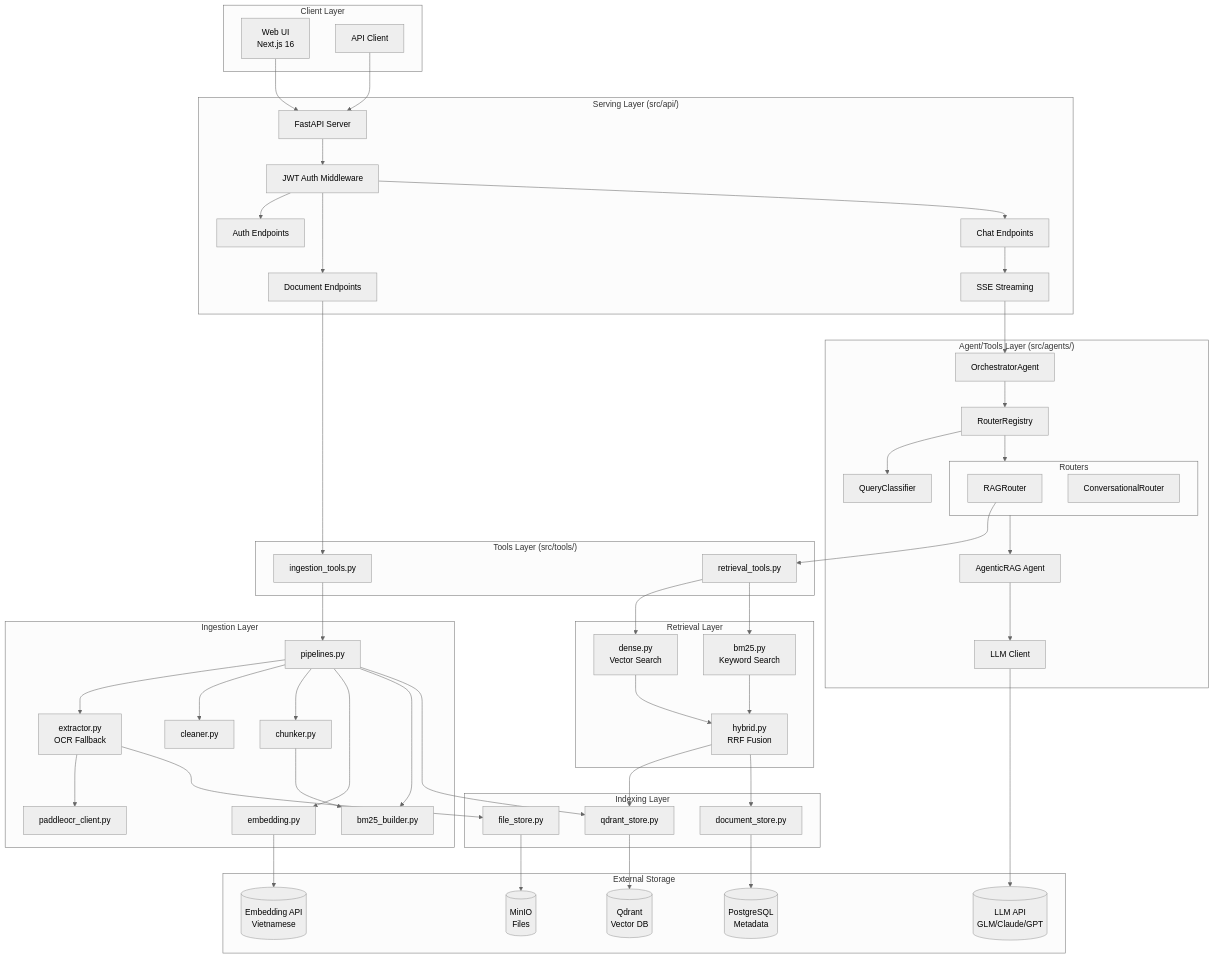
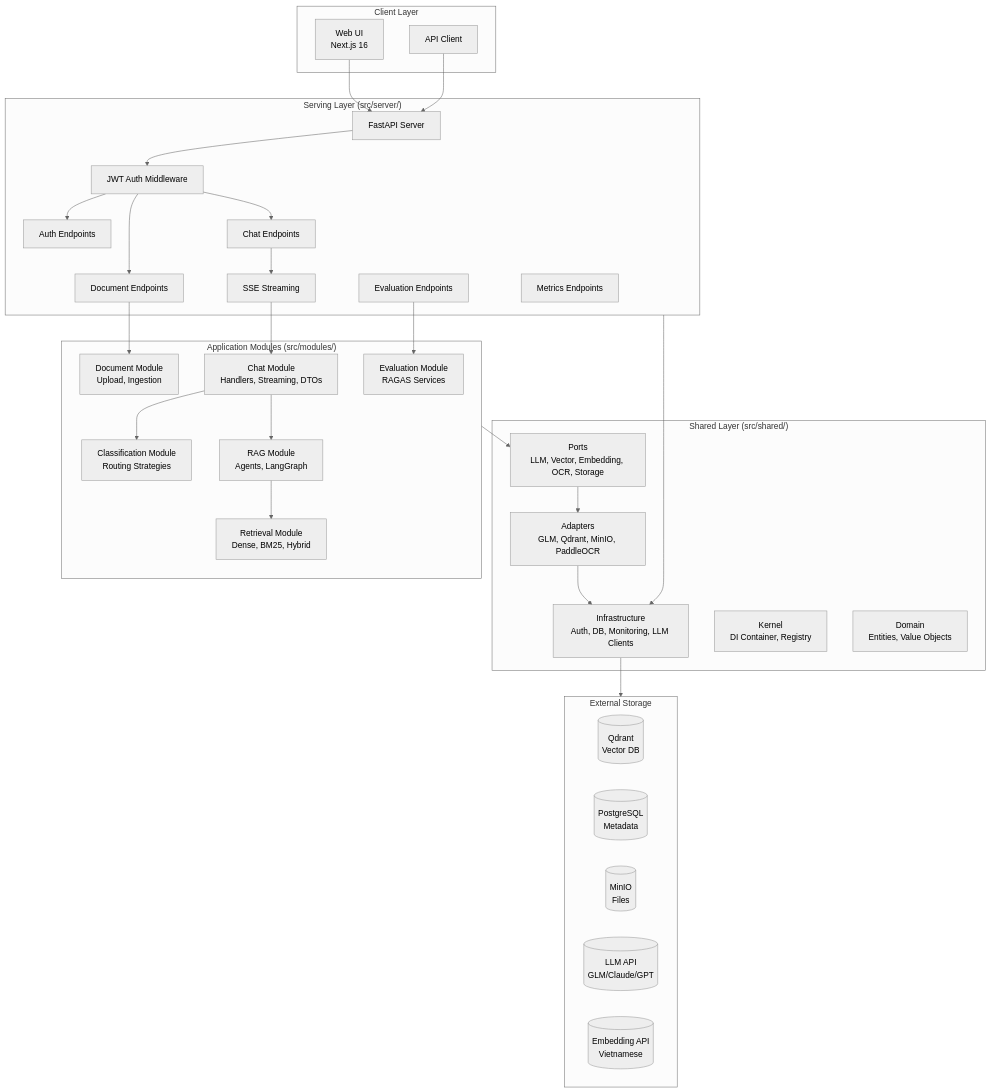
One commit to vuongngochau2004/kira changed the first of 2 diagrams in docs/system-architecture.md. Above: the diagram before and after it, drawn with Mermaid (neutral theme). The commit also changed other lines of this file and 199 other files, not shown here.

````diff
--- a/docs/system-architecture.md
+++ b/docs/system-architecture.md
@@ -11,52 +11,32 @@
         APIKey[API Client]
     end
 
-    subgraph Serving["Serving Layer (src/api/)"]
+    subgraph Serving["Serving Layer (src/server/)"]
         FastAPI[FastAPI Server]
         AuthJWT[JWT Auth Middleware]
         SSE[SSE Streaming]
         AuthEP[Auth Endpoints]
         DocEP[Document Endpoints]
         ChatEP[Chat Endpoints]
+        EvalEP[Evaluation Endpoints]
+        MetricsEP[Metrics Endpoints]
     end
 
-    subgraph AgentLayer["Agent/Tools Layer (src/agents/)"]
-        Orchestrator[OrchestratorAgent]
-        RouterRegistry[RouterRegistry]
-        QueryClassifier[QueryClassifier]
-        subgraph Routers["Routers"]
-            RAGRouter[RAGRouter]
-            ConvRouter[ConversationalRouter]
-        end
-        AgenticRAG[AgenticRAG Agent]
-        LLMClient[LLM Client]
+    subgraph Modules["Application Modules (src/modules/)"]
+        ChatMod[Chat Module<br/>Handlers, Streaming, DTOs]
+        ClassMod[Classification Module<br/>Routing Strategies]
+        DocMod[Document Module<br/>Upload, Ingestion]
+        EvalMod[Evaluation Module<br/>RAGAS Services]
+        RAGMod[RAG Module<br/>Agents, LangGraph]
+        RetMod[Retrieval Module<br/>Dense, BM25, Hybrid]
     end
 
-    subgraph Tools["Tools Layer (src/tools/)"]
-        RetrievalTools[retrieval_tools.py]
-        IngestionTools[ingestion_tools.py]
-    end
-
-    subgraph Retrieval["Retrieval Layer"]
-        DenseRetrieval[dense.py<br/>Vector Search]
-        BM25Retrieval[bm25.py<br/>Keyword Search]
-        HybridRetrieval[hybrid.py<br/>RRF Fusion]
-    end
-
-    subgraph Indexing["Indexing Layer"]
-        QdrantStore[qdrant_store.py]
-        DocStore[document_store.py]
-        FileStore[file_store.py]
-    end
-
-    subgraph Ingestion["Ingestion Layer"]
-        Extractor[extractor.py<br/>OCR Fallback]
-        PaddleOCR[paddleocr_client.py]
-        Cleaner[cleaner.py]
-        Chunker[chunker.py]
-        Embedding[embedding.py]
-        BM25Builder[bm25_builder.py]
-        Pipelines[pipelines.py]
+    subgraph Shared["Shared Layer (src/shared/)"]
+        Ports[Ports<br/>LLM, Vector, Embedding, OCR, Storage]
+        Adapters[Adapters<br/>GLM, Qdrant, MinIO, PaddleOCR]
+        Infra[Infrastructure<br/>Auth, DB, Monitoring, LLM Clients]
+        Kernel[Kernel<br/>DI Container, Registry]
+        Domain[Domain<br/>Entities, Value Objects]
     end
 
     subgraph Storage["External Storage"]
@@ -74,33 +54,15 @@
     AuthJWT --> DocEP
     AuthJWT --> ChatEP
     ChatEP --> SSE
-    SSE --> Orchestrator
-    Orchestrator --> RouterRegistry
-    RouterRegistry --> QueryClassifier
-    RouterRegistry --> Routers
-    Routers --> AgenticRAG
-    AgenticRAG --> LLMClient
-    LLMClient --> LLMService
-    RAGRouter --> RetrievalTools
-    RetrievalTools --> DenseRetrieval
-    RetrievalTools --> BM25Retrieval
-    DenseRetrieval --> HybridRetrieval
-    BM25Retrieval --> HybridRetrieval
-    HybridRetrieval --> QdrantStore
-    QdrantStore --> QdrantDB
-    HybridRetrieval --> DocStore
-    DocStore --> PGDB
-    DocEP --> IngestionTools
-    IngestionTools --> Pipelines
-    Pipelines --> Extractor
-    Extractor --> PaddleOCR
-    Pipelines --> Cleaner
-    Pipelines --> Chunker
-    Pipelines --> Embedding
-    Pipelines --> BM25Builder
-    Pipelines --> QdrantStore
-    Embedding --> EmbedAPI
-    Chunker --> BM25Builder
-    FileStore --> MinIO
-    Extractor --> FileStore
+    SSE --> ChatMod
+    ChatMod --> ClassMod
+    ChatMod --> RAGMod
+    RAGMod --> RetMod
+    DocEP --> DocMod
+    EvalEP --> EvalMod
+    Modules --> Ports
+    Ports --> Adapters
+    Serving --> Infra
+    Adapters --> Infra
+    Infra --> Storage
 ```
````
